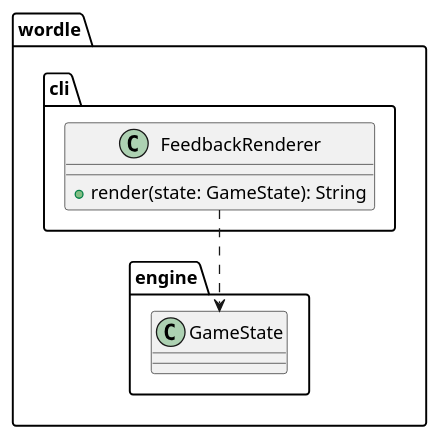
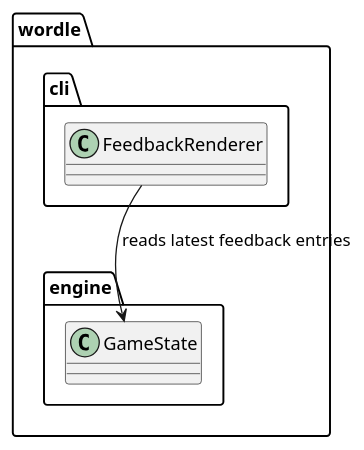
The third of 5 diagrams in examples/wordle/tasks/done/006-add-cli-game-interface.md (dpolivaev/spec-loop), drawn with PlantUML before and after one commit. The commit also changed other lines of this file and 7 other files, not shown here.

````diff
--- a/examples/wordle/tasks/done/006-add-cli-game-interface.md
+++ b/examples/wordle/tasks/done/006-add-cli-game-interface.md
@@ -136,15 +117,15 @@
 ```plantuml
 @startuml
-package wordle.engine {
-  class GameState
-}
-
-package wordle.cli {
-  class FeedbackRenderer {
-    + render(state: GameState): String
+set separator none
+package "wordle" {
+  package "cli" {
+    class FeedbackRenderer
+  }
+  package "engine" {
+    class GameState
   }
 }
 
-FeedbackRenderer ..> GameState
+FeedbackRenderer --> GameState : reads latest feedback entries
 @enduml
 ```
````
